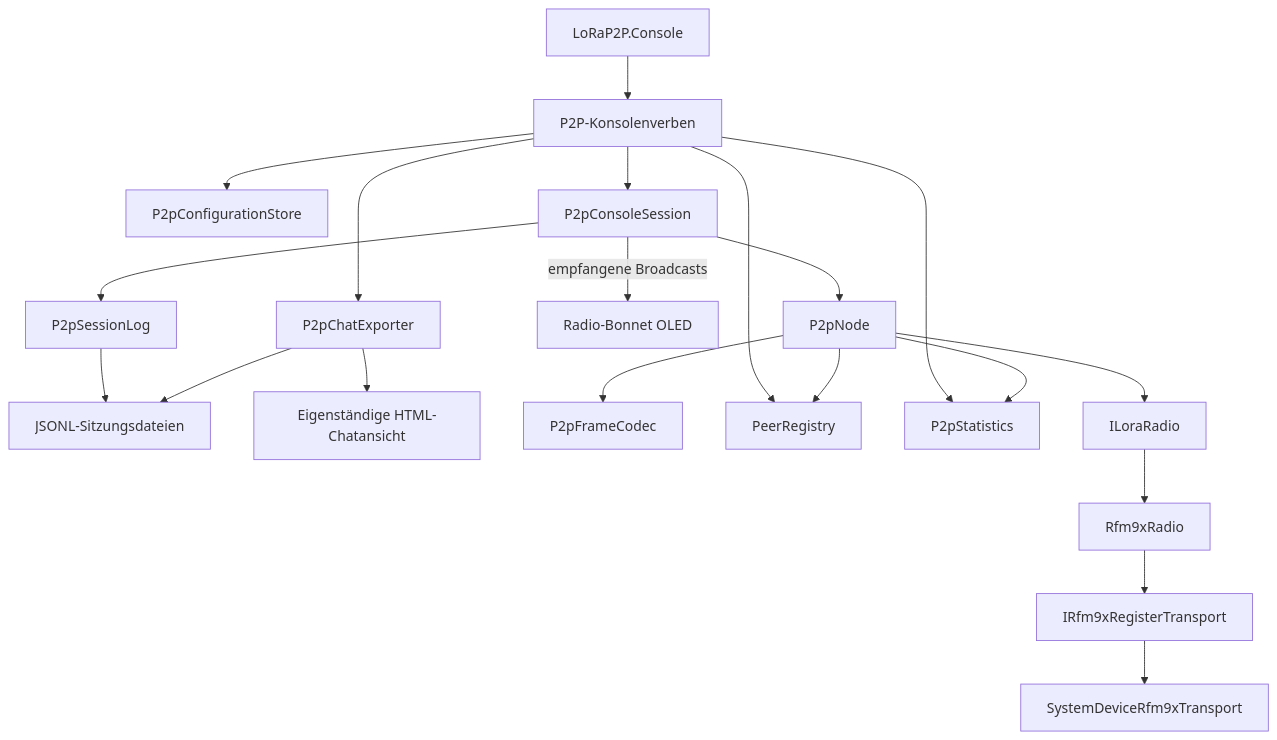
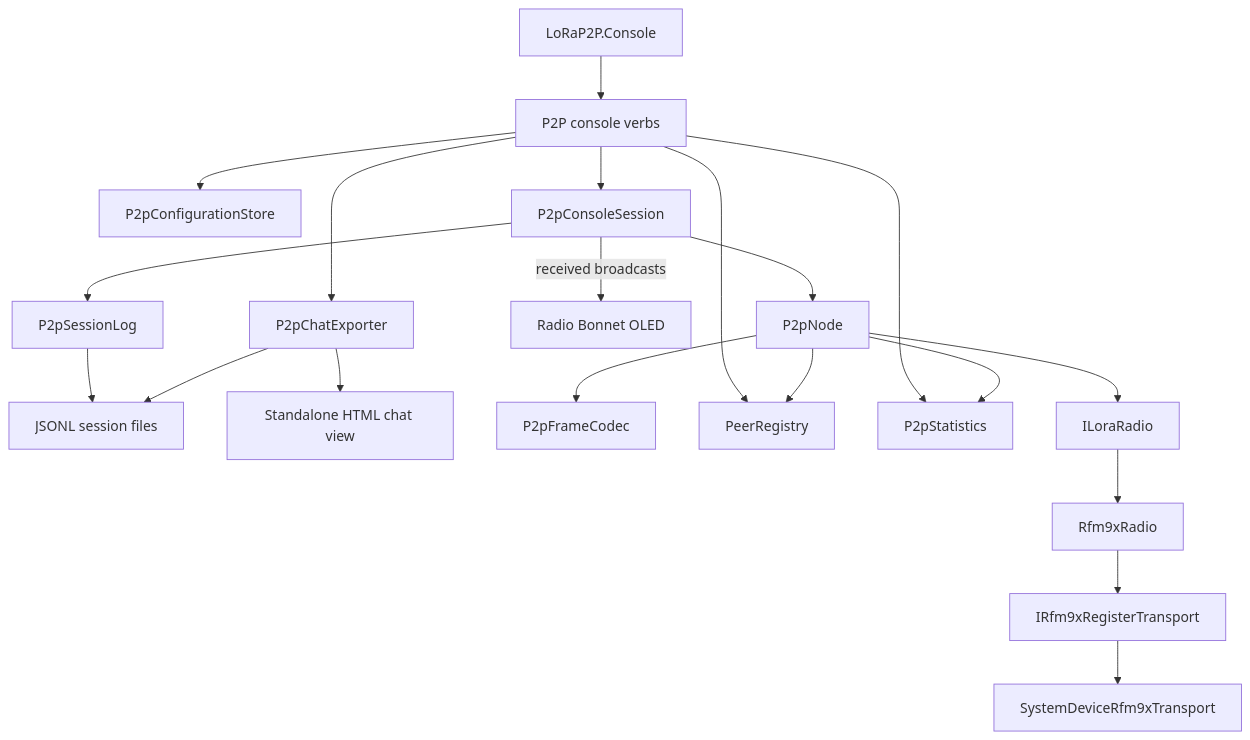
One commit to thomasbiel/LoRaP2P changed the first of 2 diagrams in docs/p2p/architecture.md. Above: the diagram before and after it, drawn with Mermaid. The commit also changed other lines of this file and 20 other files, not shown here.

````diff
--- a/docs/p2p/architecture.md
+++ b/docs/p2p/architecture.md
@@ -9,43 +9,43 @@
 ```mermaid
 flowchart TD
     CLI[LoRaP2P.Console]
-    VERBS[P2P-Konsolenverben]
+    VERBS[P2P console verbs]
     CONFIG[P2pConfigurationStore]
     SESSION[P2pConsoleSession]
     LOG[P2pSessionLog]
     EXPORT[P2pChatExporter]
-    DISPLAY[Radio-Bonnet OLED]
-    JSONL[JSONL-Sitzungsdateien]
-    HTML[Eigenständige HTML-Chatansicht]
+    DISPLAY[Radio Bonnet OLED]
+    JSONL[JSONL session files]
+    HTML[Standalone HTML chat view]
     NODE[P2pNode]
     CODEC[P2pFrameCodec]
     PEERS[PeerRegistry]
     STATS[P2pStatistics]
     API[ILoraRadio]
     RADIO[Rfm9xRadio]
     TRANSPORT[IRfm9xRegisterTransport]
     HARDWARE[SystemDeviceRfm9xTransport]
 
     CLI --> VERBS
     VERBS --> SESSION
     VERBS --> CONFIG
     VERBS --> PEERS
     VERBS --> STATS
     VERBS --> EXPORT
 
     SESSION --> NODE
     SESSION --> LOG
-    SESSION -->|empfangene Broadcasts| DISPLAY
+    SESSION -->|received broadcasts| DISPLAY
     LOG --> JSONL
     EXPORT --> JSONL
     EXPORT --> HTML
 
     NODE --> CODEC
     NODE --> PEERS
     NODE --> STATS
     NODE --> API
 
     API --> RADIO
     RADIO --> TRANSPORT
     TRANSPORT --> HARDWARE
 ```
````
